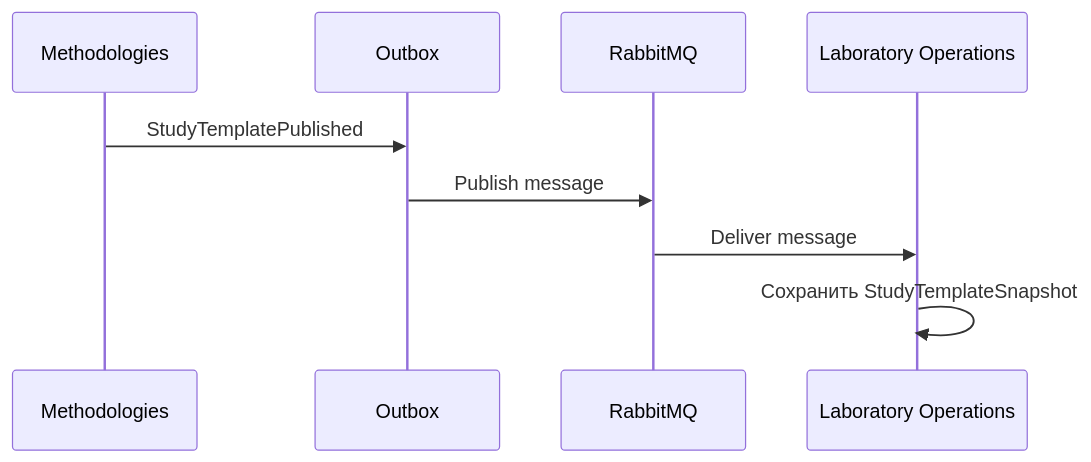
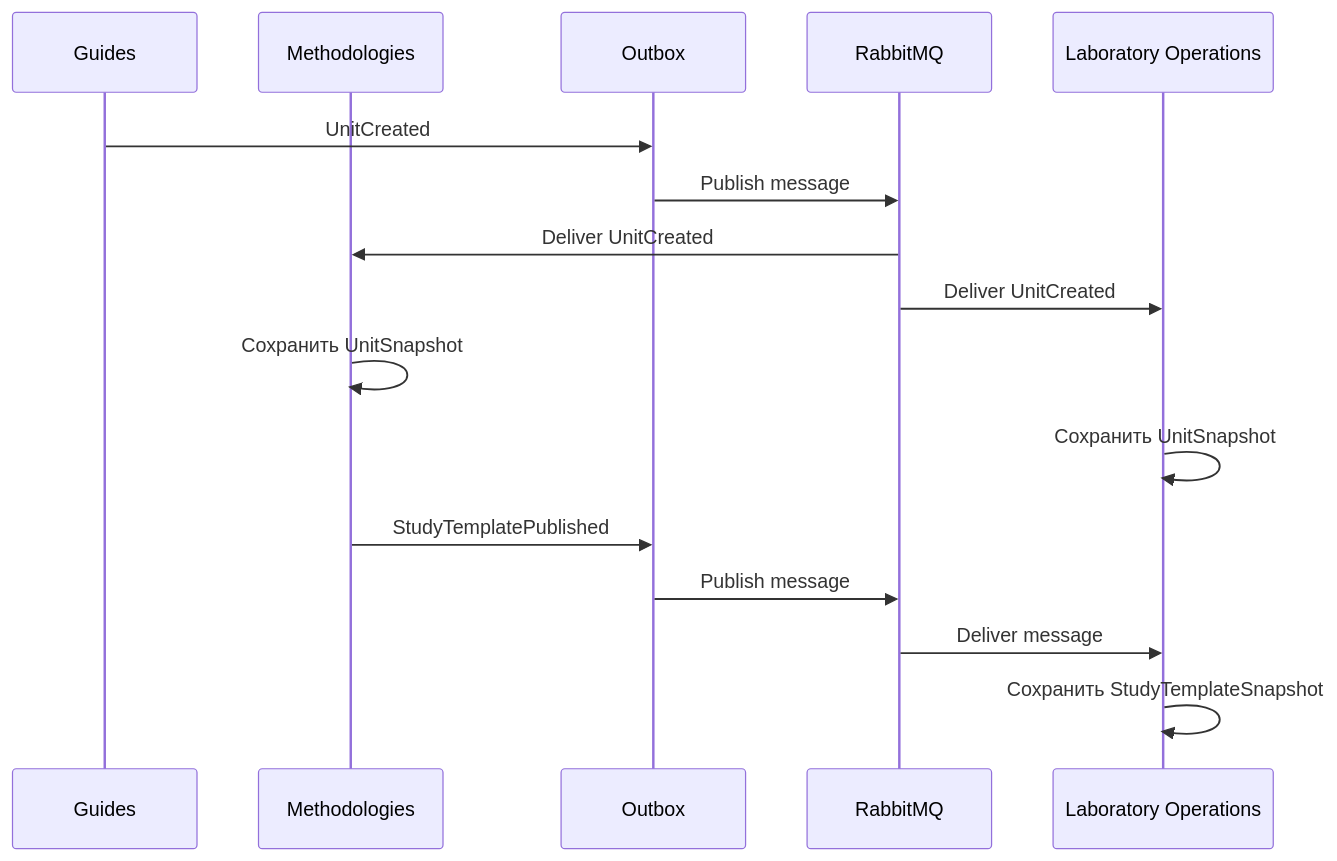
One commit to SaintEfim/LIMS.DDD changed the seventh of 7 diagrams in README.md. Above: the diagram before and after it, drawn with Mermaid. The commit also changed other lines of this file and 1 other file, not shown here.

````diff
--- a/README.md
+++ b/README.md
@@ -775,12 +817,20 @@
 ```mermaid
 sequenceDiagram
+    participant G as Guides
     participant M as Methodologies
     participant O as Outbox
     participant R as RabbitMQ
     participant L as Laboratory Operations
+
+    G->>O: UnitCreated
+    O->>R: Publish message
+    R->>M: Deliver UnitCreated
+    R->>L: Deliver UnitCreated
+    M->>M: Сохранить UnitSnapshot
+    L->>L: Сохранить UnitSnapshot
 
     M->>O: StudyTemplatePublished
     O->>R: Publish message
     R->>L: Deliver message
     L->>L: Сохранить StudyTemplateSnapshot
 ```
````
